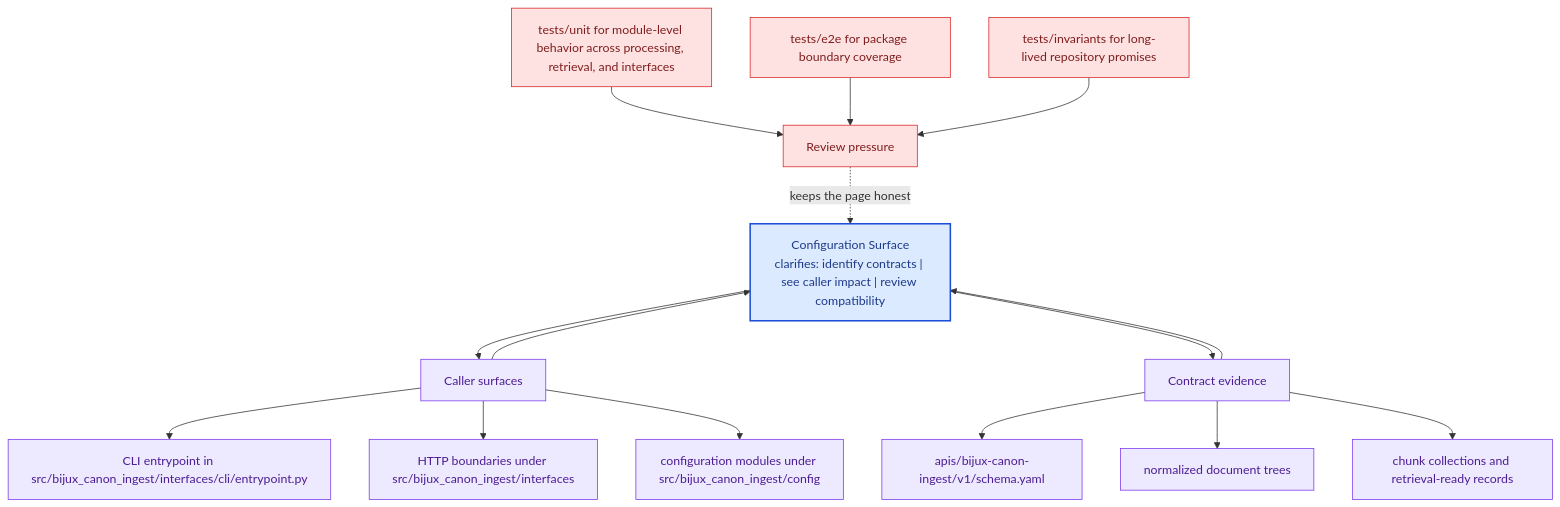
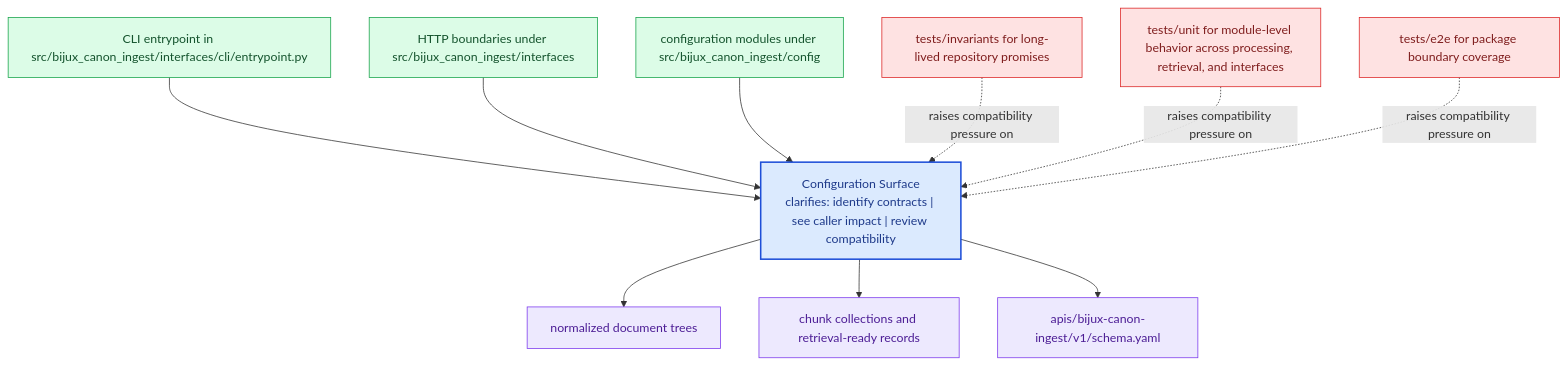
One commit to bijux/bijux-canon changed the diagram in docs/bijux-canon-ingest/interfaces/configuration-surface.md. Above: the diagram before and after it, drawn with Mermaid. The commit also changed other lines of this file and 281 other files, not shown here.

Commit message:
docs(diagrams): replace repeated mermaid scaffolds with page-specific summaries

````diff
--- a/docs/bijux-canon-ingest/interfaces/configuration-surface.md
+++ b/docs/bijux-canon-ingest/interfaces/configuration-surface.md
@@ -68,41 +23,31 @@
 ```mermaid
 flowchart TB
-    promise["Configuration Surface<br/>clarifies: identify contracts | see caller impact | review compatibility"]
-    classDef promise fill:#dbeafe,stroke:#1d4ed8,color:#1e3a8a,stroke-width:2px;
-    classDef driver fill:#dcfce7,stroke:#16a34a,color:#14532d;
-    classDef constraint fill:#fee2e2,stroke:#dc2626,color:#7f1d1d;
-    classDef ground fill:#ede9fe,stroke:#7c3aed,color:#4c1d95;
-    focus1["Caller surfaces"]
-    focus1 --> promise
-    promise --> focus1
-    focus1_1["CLI entrypoint in src/bijux_canon_ingest/interfaces/cli/entrypoint.py"]
-    focus1 --> focus1_1
-    focus1_2["HTTP boundaries under src/bijux_canon_ingest/interfaces"]
-    focus1 --> focus1_2
-    focus1_3["configuration modules under src/bijux_canon_ingest/config"]
-    focus1 --> focus1_3
-    class focus1 ground;
-    class focus1_1,focus1_2,focus1_3 ground;
-    focus2["Contract evidence"]
-    focus2 --> promise
-    promise --> focus2
-    focus2_1["apis/bijux-canon-ingest/v1/schema.yaml"]
-    focus2 --> focus2_1
-    focus2_2["normalized document trees"]
-    focus2 --> focus2_2
-    focus2_3["chunk collections and retrieval-ready records"]
-    focus2 --> focus2_3
-    class focus2 ground;
-    class focus2_1,focus2_2,focus2_3 ground;
-    focus3["Review pressure"]
-    focus3 -.keeps the page honest.-> promise
-    focus3_1["tests/unit for module-level behavior across processing, retrieval, and interfaces"]
-    focus3_1 --> focus3
-    focus3_2["tests/e2e for package boundary coverage"]
-    focus3_2 --> focus3
-    focus3_3["tests/invariants for long-lived repository promises"]
-    focus3_3 --> focus3
-    class focus3 constraint;
-    class focus3_1,focus3_2,focus3_3 constraint;
-    class promise promise;
+    page["Configuration Surface<br/>clarifies: identify contracts | see caller impact | review compatibility"]
+    classDef page fill:#dbeafe,stroke:#1d4ed8,color:#1e3a8a,stroke-width:2px;
+    classDef positive fill:#dcfce7,stroke:#16a34a,color:#14532d;
+    classDef caution fill:#fee2e2,stroke:#dc2626,color:#7f1d1d;
+    classDef anchor fill:#ede9fe,stroke:#7c3aed,color:#4c1d95;
+    classDef action fill:#fef3c7,stroke:#d97706,color:#7c2d12;
+    surface1["CLI entrypoint in src/bijux_canon_ingest/interfaces/cli/entrypoint.py"]
+    surface1 --> page
+    surface2["HTTP boundaries under src/bijux_canon_ingest/interfaces"]
+    surface2 --> page
+    surface3["configuration modules under src/bijux_canon_ingest/config"]
+    surface3 --> page
+    proof1["normalized document trees"]
+    page --> proof1
+    proof2["chunk collections and retrieval-ready records"]
+    page --> proof2
+    proof3["apis/bijux-canon-ingest/v1/schema.yaml"]
+    page --> proof3
+    review1["tests/invariants for long-lived repository promises"]
+    review1 -.raises compatibility pressure on.-> page
+    review2["tests/unit for module-level behavior across processing, retrieval, and interfaces"]
+    review2 -.raises compatibility pressure on.-> page
+    review3["tests/e2e for package boundary coverage"]
+    review3 -.raises compatibility pressure on.-> page
+    class page page;
+    class surface1,surface2,surface3 positive;
+    class proof1,proof2,proof3 anchor;
+    class review1,review2,review3 caution;
 ```
````
